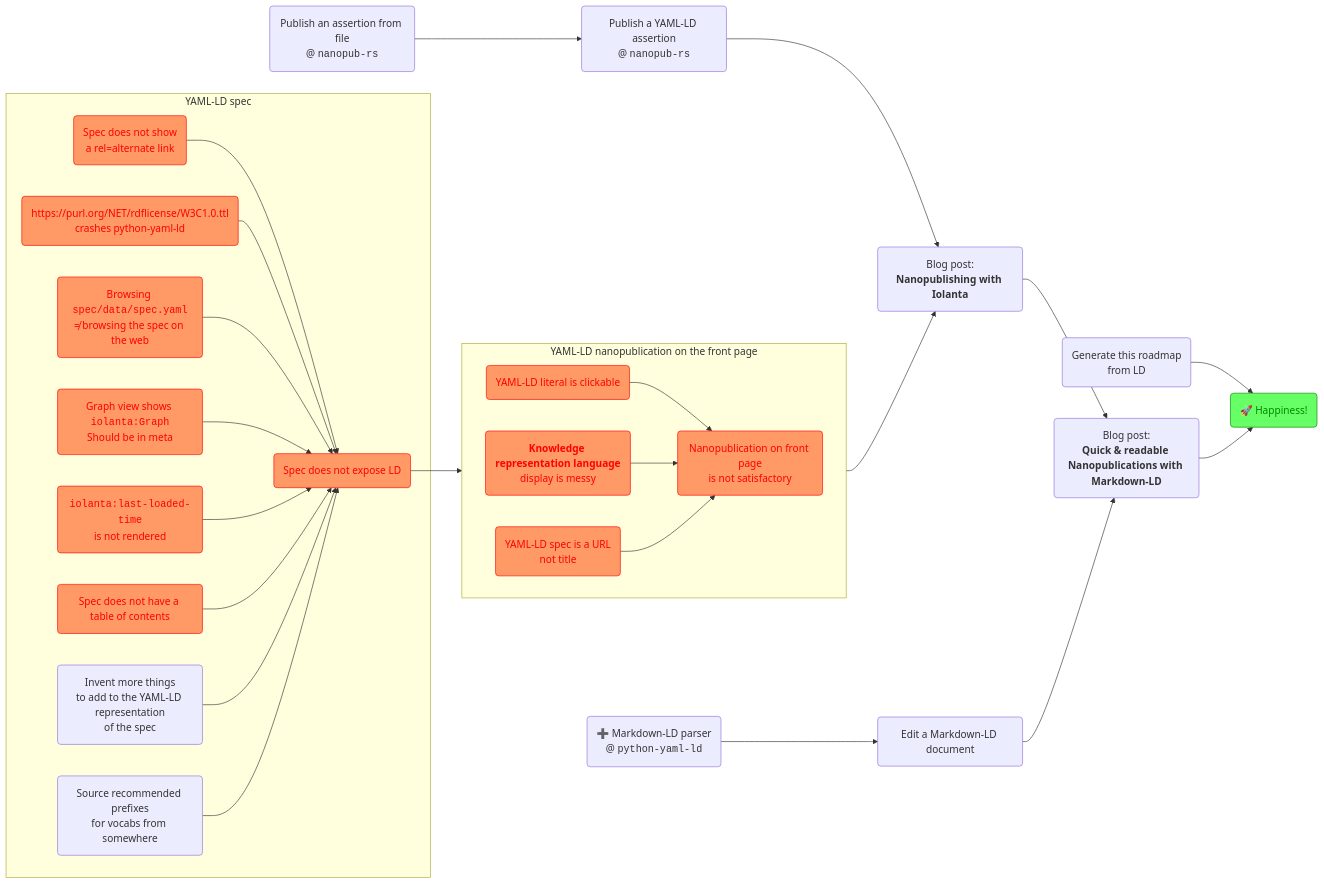
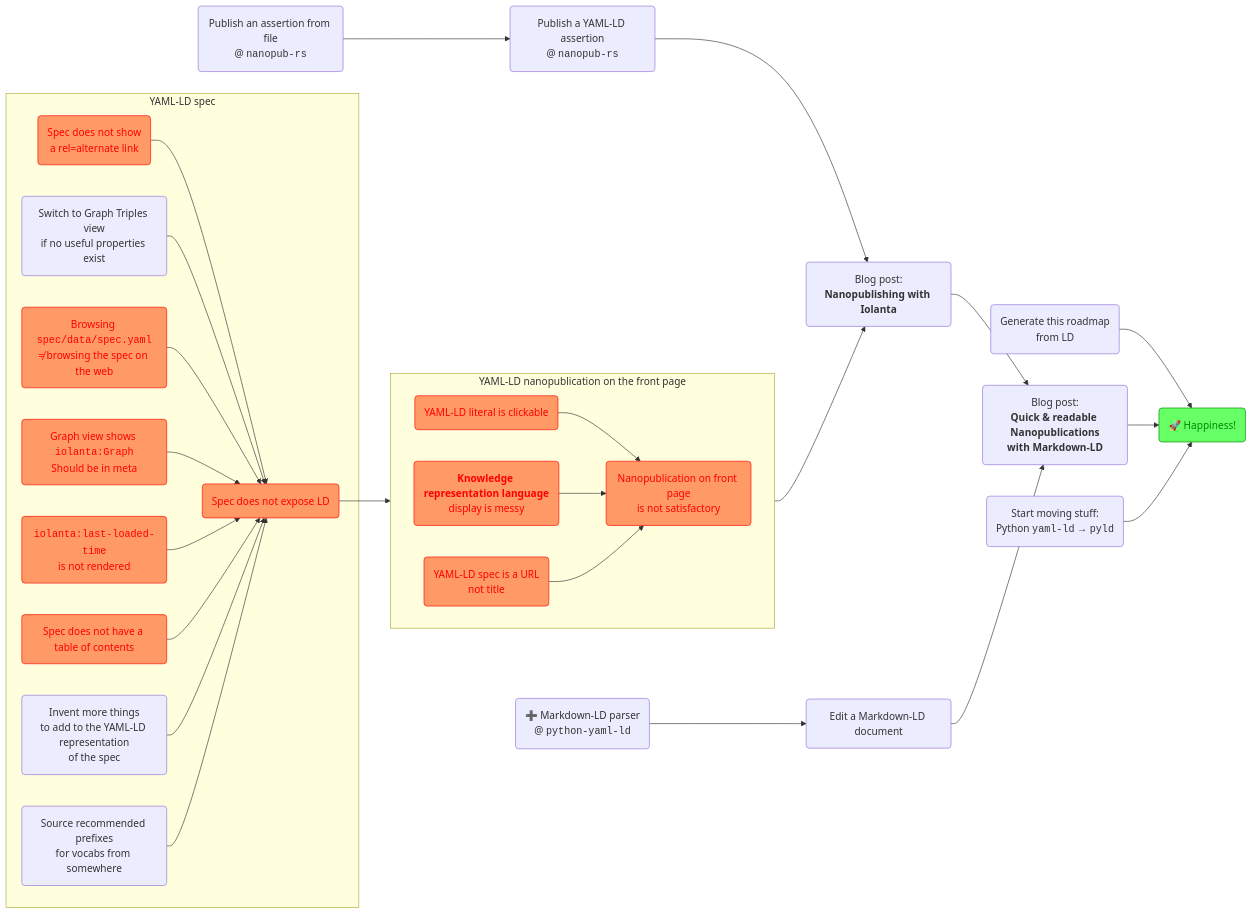
One commit to iolanta-tech/iolanta changed the diagram in docs/roadmap.md. Above: the diagram before and after it, drawn with Mermaid.

````diff
--- a/docs/roadmap.md
+++ b/docs/roadmap.md
@@ -15,62 +15,63 @@
 ```mermaid
 graph LR
     happiness("🚀 Happiness!")
     classDef happiness fill:#6f6,color:#080,stroke:#080,stroke-width:1px;
     class happiness happiness
     
     generate-roadmap("Generate this roadmap<br/>from LD") --> happiness
     
-    nanopub-blog-post("Blog post:<br/><strong>Nanopublishing with Iolanta</strong>") --> markdown-nanopub-blog-post("Blog post:<br/><strong>Quick & readable Nanopublications with Markdown-LD") --> happiness
+    nanopub-blog-post("Blog post:<br/><strong>Nanopublishing with Iolanta</strong>") --> markdown-nanopub-blog-post("Blog post:<br/><strong>Quick & readable Nanopublications<br/>with Markdown-LD") --> happiness
     
     nanopub-rs-graph("Publish an assertion from file<br/>@ <code>nanopub-rs</code>") --> nanopub-yaml-ld("Publish a YAML-LD assertion<br/>@ <code>nanopub-rs</code>") --> nanopub-blog-post
+    
+    plan-yaml-ld-to-pyld("Start moving stuff:<br/>Python <code>yaml-ld</code> → <code>pyld</code>") --> happiness
     
     subgraph "YAML-LD nanopublication on the front page"
         direction LR
         nanopublication-is-not-satisfactory("Nanopublication on front page<br/>is not satisfactory")
         class nanopublication-is-not-satisfactory bug
         
         literal-clickable("YAML-LD literal is clickable") --> nanopublication-is-not-satisfactory
         click literal-clickable "https://github.com/iolanta-tech/iolanta/issues/260"
         class literal-clickable bug
         
         fip-term-messy("<strong>Knowledge representation language</strong><br/>display is messy") --> nanopublication-is-not-satisfactory
         class fip-term-messy bug
         
         spec("YAML-LD spec is a URL<br/>not title") --> nanopublication-is-not-satisfactory
         class spec bug
     end
     
     subgraph "YAML-LD spec"
         spec-not-ld("Spec does not expose LD") --> spec
         class spec-not-ld bug
 
         rel-alternate("Spec does not show<br/>a rel=alternate link") --> spec-not-ld
         class rel-alternate bug
         
-        w3c-license("https://purl.org/NET/rdflicense/W3C1.0.ttl<br/>crashes python-yaml-ld") --> spec-not-ld
-        class w3c-license bug
+        switch-to-graph("Switch to Graph Triples view<br/>if no useful properties exist") --> spec-not-ld
         
         mismatch("Browsing <code>spec/data/spec.yaml</code><br/>≠ browsing the spec on the web") --> spec-not-ld
         class mismatch bug
 
         gig("Graph view shows <code>iolanta:Graph</code><br/>Should be in meta") --> spec-not-ld
         class gig bug
         
         last-loaded-time("<code>iolanta:last-loaded-time</code><br/>is not rendered") --> spec-not-ld
         class last-loaded-time bug
         
         spec-toc("Spec does not have a table of contents") --> spec-not-ld
         class spec-toc bug
         
         more("Invent more things<br/>to add to the YAML-LD representation<br/>of the spec") --> spec-not-ld
         
         prefixes("Source recommended prefixes<br/>for vocabs from somewhere") --> spec-not-ld
     end
     
     nanopublication-is-not-satisfactory --> nanopub-blog-post
     
     python-yaml-ld-markdown-ld("➕ Markdown-LD parser<br/>@ <code>python-yaml-ld</code>") --> markdown-ld("Edit a Markdown-LD document") --> markdown-nanopub-blog-post
     click markdown-ld "https://github.com/iolanta-tech/iolanta/issues/261"
         
     classDef bug fill:#f96,color:#f00,stroke:#f00,stroke-width:1px;
 ```
````
